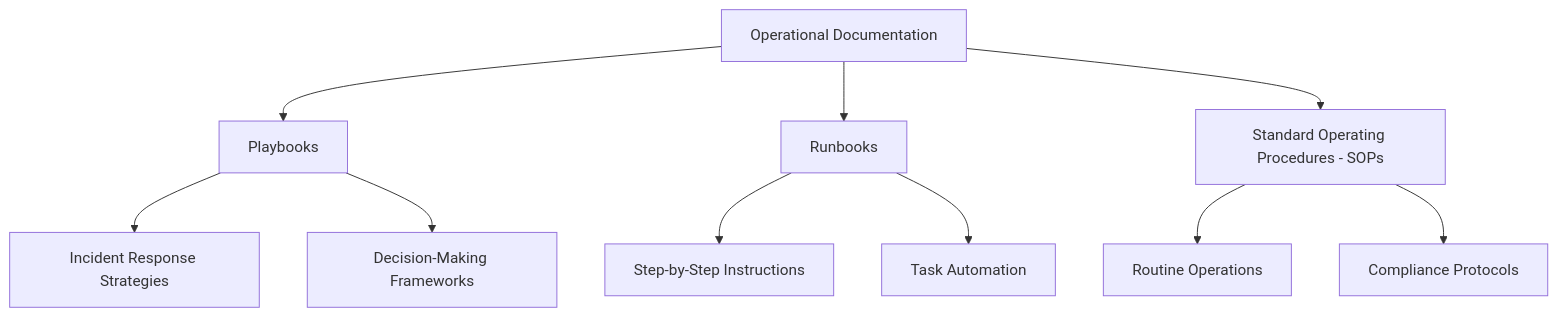
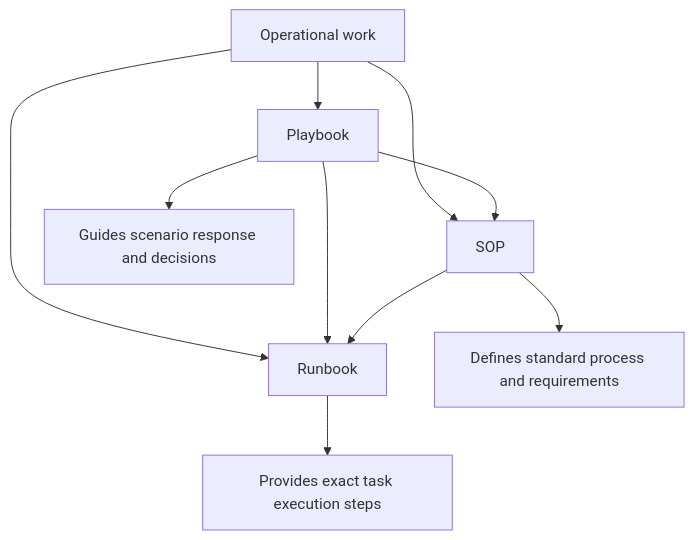
One commit to rjohnsen/threathunting-book changed the diagram in content/part-1/delivieries/process-documentation/_index.md. Above: the diagram before and after it, drawn with Mermaid. The commit also changed other lines of this file, not shown here.

Commit message:
Enhanced the process documentation article

````diff
--- a/content/part-1/delivieries/process-documentation/_index.md
+++ b/content/part-1/delivieries/process-documentation/_index.md
@@ -51,20 +176,16 @@
-{{<mermaid align="center">}}
-graph TD
-    A[Operational Documentation] 
-    B[Playbooks]
-    C[Runbooks]
-    D[Standard Operating Procedures - SOPs]
+```mermaid
+flowchart TD
+    A[Operational work]
 
-    A --> B
-    A --> C
-    A --> D
+    A --> B[SOP]
+    A --> C[Playbook]
+    A --> D[Runbook]
 
-    B --> E[Incident Response Strategies]
-    B --> F[Decision-Making Frameworks]
-    
-    C --> G[Step-by-Step Instructions]
-    C --> H[Task Automation]
+    B --> B1[Defines standard process and requirements]
+    C --> C1[Guides scenario response and decisions]
+    D --> D1[Provides exact task execution steps]
 
-    D --> I[Routine Operations]
-    D --> J[Compliance Protocols]
-{{< /mermaid >}}
+    C --> B
+    C --> D
+    B --> D
+```
````
